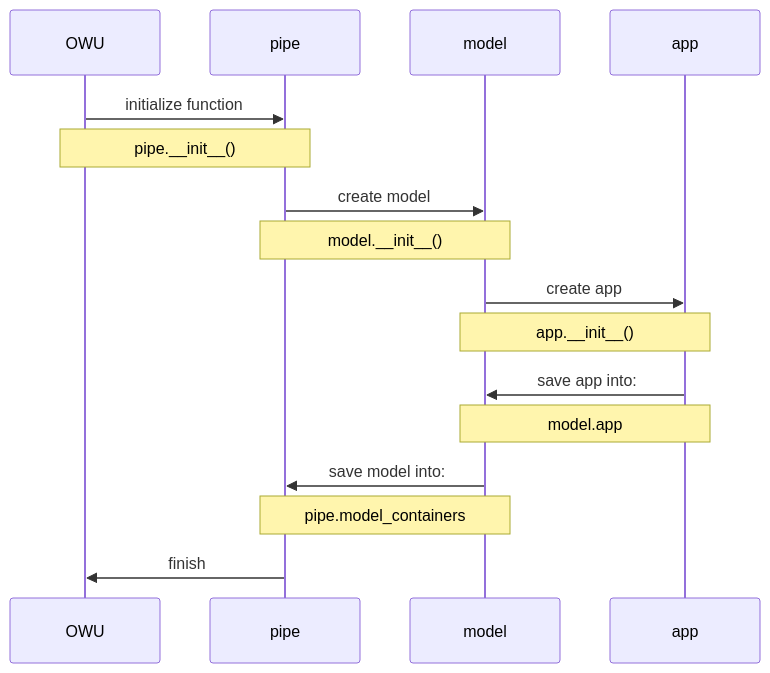
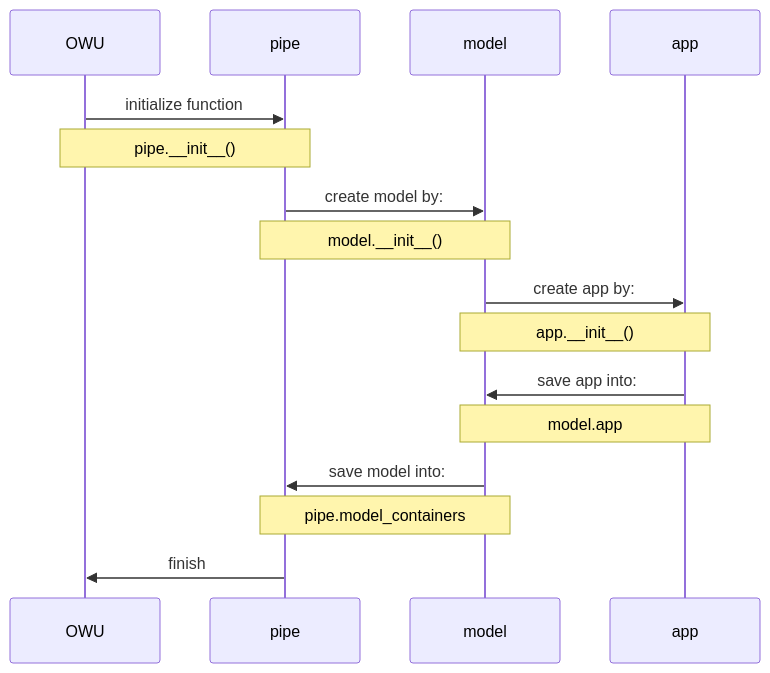
One commit to kami-lel/dify-open-webui-adapter changed the second of 3 diagrams in README.md. Above: the diagram before and after it, drawn with Mermaid. The commit also changed other lines of this file, not shown here.

Commit message:
Refine sequence diagram annotations for clarity and consistency
~`README.md`

````diff
--- a/README.md
+++ b/README.md
@@ -147,19 +147,19 @@
 ```mermaid
 sequenceDiagram
     OWU->>pipe: initialize function
     note over OWU,pipe: pipe.__init__()
 
-    pipe->>model: create model
+    pipe->>model: create model by:
     note over pipe,model: model.__init__()
 
-    model->>app: create app
+    model->>app: create app by:
     note over model,app: app.__init__()
 
     app->>model: save app into:
     note over app,model: model.app
 
     model->>pipe: save model into:
     note over pipe,model: pipe.model_containers
 
     pipe->>OWU:finish
 ```
````
